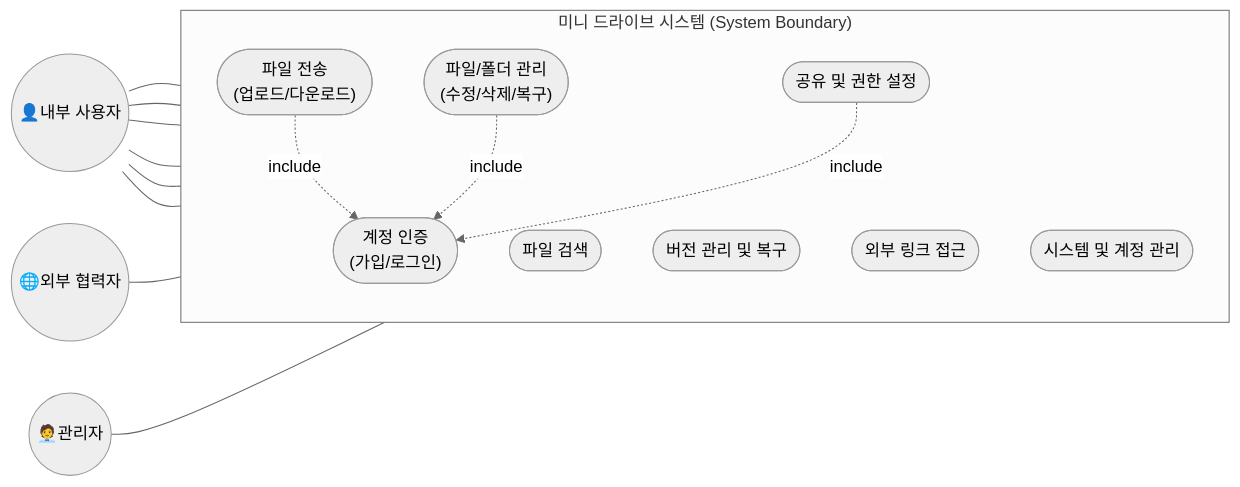
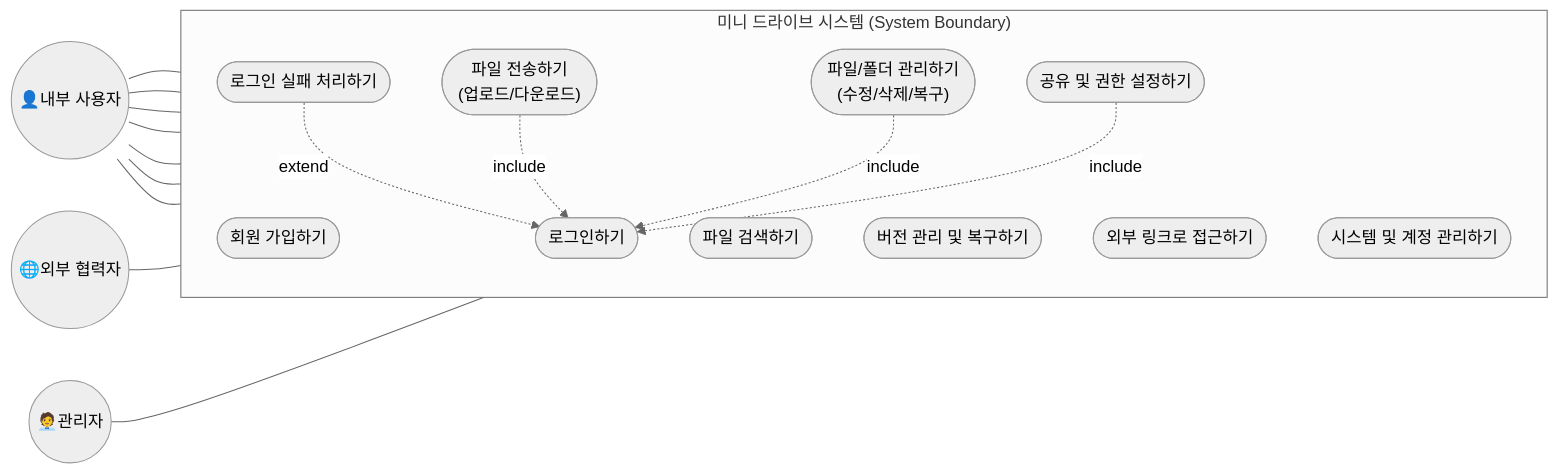
Before and after one commit to tjdbs1376/se: the first of 4 diagrams in doc/project_requirement_analysis.md, drawn with Mermaid. The commit also changed other lines of this file, not shown here.

Commit message:
유스케이스 다이어그램 및 설명 수정

````diff
--- a/doc/project_requirement_analysis.md
+++ b/doc/project_requirement_analysis.md
@@ -24,35 +24,38 @@
 ```mermaid
 %%{init: {'theme':'neutral'}}%%
 flowchart LR
     User(("👤내부 사용자"))
     External(("🌐외부 협력자"))
     Admin(("🧑‍💼관리자"))
 
     subgraph MiniDrive["미니 드라이브 시스템 (System Boundary)"]
         direction TB
-        UC1(["계정 인증<br/>(가입/로그인)"])
-        UC2(["파일 전송<br/>(업로드/다운로드)"])
-        UC3(["파일/폴더 관리<br/>(수정/삭제/복구)"])
-        UC4(["파일 검색"])
-        UC5(["공유 및 권한 설정"])
-        UC6(["버전 관리 및 복구"])
-        UC7(["외부 링크 접근"])
-        UC8(["시스템 및 계정 관리"])
+        UC1_1(["회원 가입하기"])
+        UC1_2(["로그인하기"])
+        UC1_3(["로그인 실패 처리하기"])
+        UC2(["파일 전송하기<br/>(업로드/다운로드)"])
+        UC3(["파일/폴더 관리하기<br/>(수정/삭제/복구)"])
+        UC4(["파일 검색하기"])
+        UC5(["공유 및 권한 설정하기"])
+        UC6(["버전 관리 및 복구하기"])
+        UC7(["외부 링크로 접근하기"])
+        UC8(["시스템 및 계정 관리하기"])
     end
 
-    User --- UC1
+    User --- UC1_1
+    User --- UC1_2
     User --- UC2
     User --- UC3
     User --- UC4
     User --- UC5
     User --- UC6
 
     External --- UC7
     Admin --- UC8
 
     %% Relationships
-    UC2 -. include .-> UC1
-    UC3 -. include .-> UC1
-    UC5 -. include .-> UC1
-
+    UC1_3 -. extend .-> UC1_2
+    UC2 -. include .-> UC1_2
+    UC3 -. include .-> UC1_2
+    UC5 -. include .-> UC1_2
 ```
````
